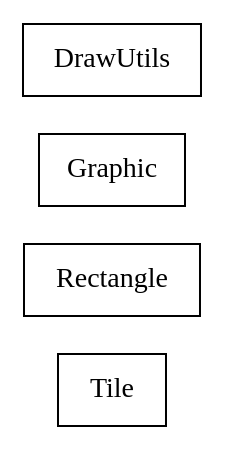
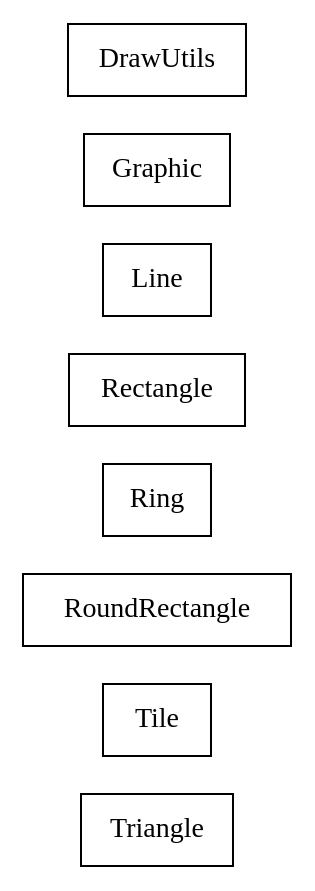
The diagram in docs/com/sekati/draw/classes.dot (sekati/sasapi), drawn with Graphviz before and after one commit. The commit also changed 86 other files, not shown here.

```diff
--- a/docs/com/sekati/draw/classes.dot
+++ b/docs/com/sekati/draw/classes.dot
@@ -1,27 +1,51 @@
 strict digraph class_diagram {
   rankdir=LR;
+  TypeTriangle[
+    label="Triangle",
+    URL="Triangle.html",
+    tooltip="com.sekati.draw.Triangle",
+    shape="record"
+  ];
   TypeTile[
     label="Tile",
     URL="Tile.html",
     tooltip="com.sekati.draw.Tile",
     shape="record"
   ];
+  TypeRoundRectangle[
+    label="RoundRectangle",
+    URL="RoundRectangle.html",
+    tooltip="com.sekati.draw.RoundRectangle",
+    shape="record"
+  ];
+  TypeRing[
+    label="Ring",
+    URL="Ring.html",
+    tooltip="com.sekati.draw.Ring",
+    shape="record"
+  ];
   TypeRectangle[
     label="Rectangle",
     URL="Rectangle.html",
     tooltip="com.sekati.draw.Rectangle",
+    shape="record"
+  ];
+  TypeLine[
+    label="Line",
+    URL="Line.html",
+    tooltip="com.sekati.draw.Line",
     shape="record"
   ];
   TypeGraphic[
     label="Graphic",
     URL="Graphic.html",
     tooltip="com.sekati.draw.Graphic",
     shape="record"
   ];
   TypeDrawUtils[
     label="DrawUtils",
     URL="DrawUtils.html",
     tooltip="com.sekati.draw.DrawUtils",
     shape="record"
   ];
 }
```
